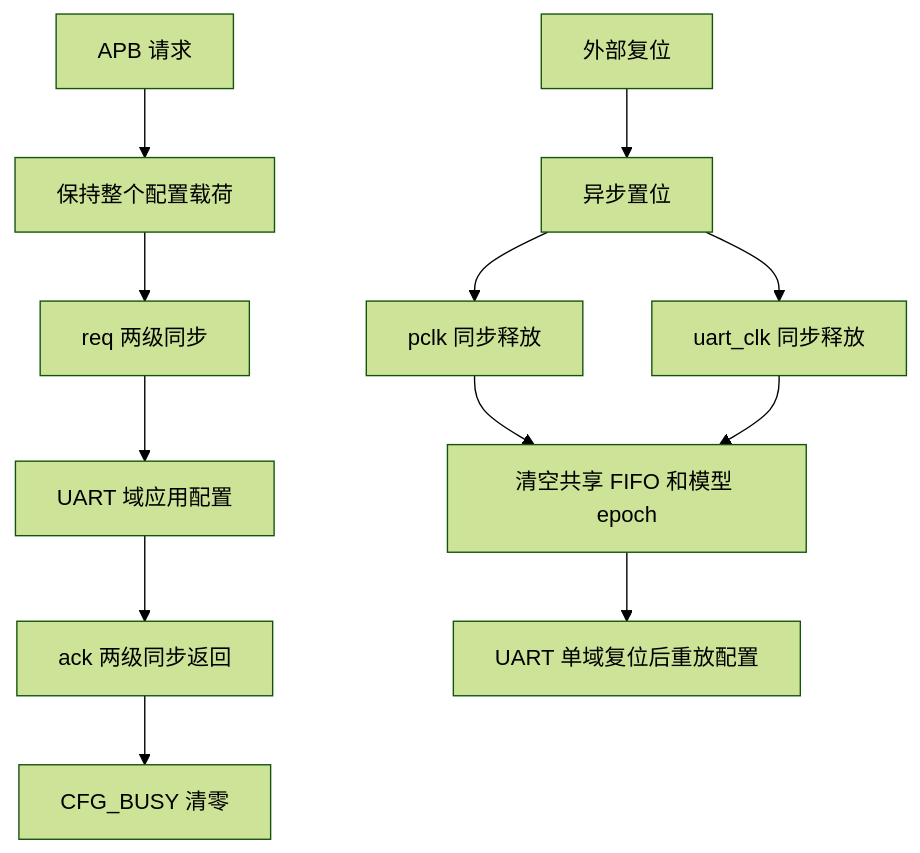
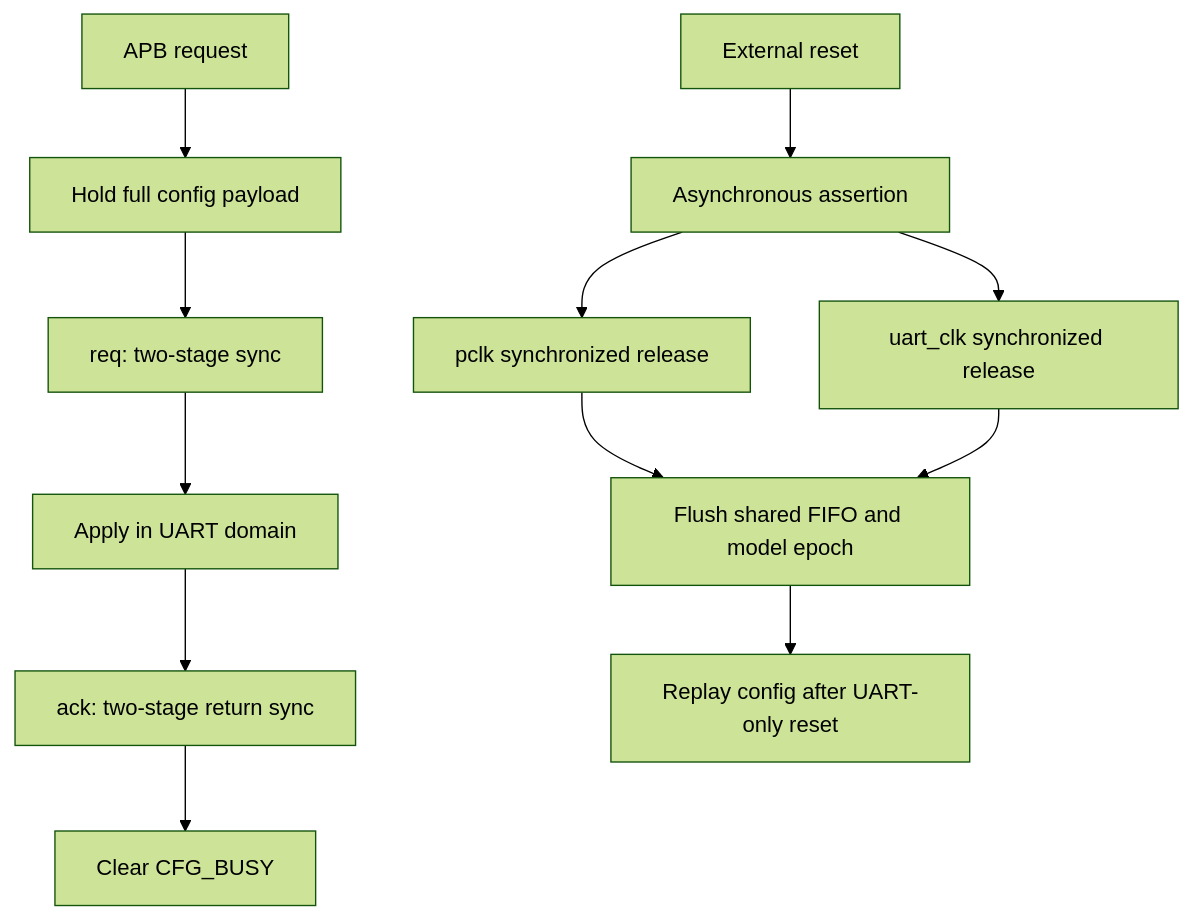
Before and after one commit to zlsjtj/apb-uart-fifo-uvm: the third of 3 diagrams in docs/architecture_figures.md, drawn with Mermaid (forest theme). The commit also changed other lines of this file and 8 other files, not shown here.

````diff
--- a/docs/architecture_figures.md
+++ b/docs/architecture_figures.md
@@ -57,14 +68,14 @@
 ```mermaid
 flowchart TD
-  REQ[APB 请求] --> HOLD[保持整个配置载荷]
-  HOLD --> SYNC[req 两级同步]
-  SYNC --> APPLY[UART 域应用配置]
-  APPLY --> ACK[ack 两级同步返回]
-  ACK --> READY[CFG_BUSY 清零]
-  EXT[外部复位] --> ASSERT[异步置位]
-  ASSERT --> PCLK[pclk 同步释放]
-  ASSERT --> UCLK[uart_clk 同步释放]
-  PCLK --> EPOCH[清空共享 FIFO 和模型 epoch]
+  REQ[APB request] --> HOLD[Hold full config payload]
+  HOLD --> SYNC[req: two-stage sync]
+  SYNC --> APPLY[Apply in UART domain]
+  APPLY --> ACK[ack: two-stage return sync]
+  ACK --> READY[Clear CFG_BUSY]
+  EXT[External reset] --> ASSERT[Asynchronous assertion]
+  ASSERT --> PCLK[pclk synchronized release]
+  ASSERT --> UCLK[uart_clk synchronized release]
+  PCLK --> EPOCH[Flush shared FIFO and model epoch]
   UCLK --> EPOCH
-  EPOCH --> REPLAY[UART 单域复位后重放配置]
+  EPOCH --> REPLAY[Replay config after UART-only reset]
 ```
````
